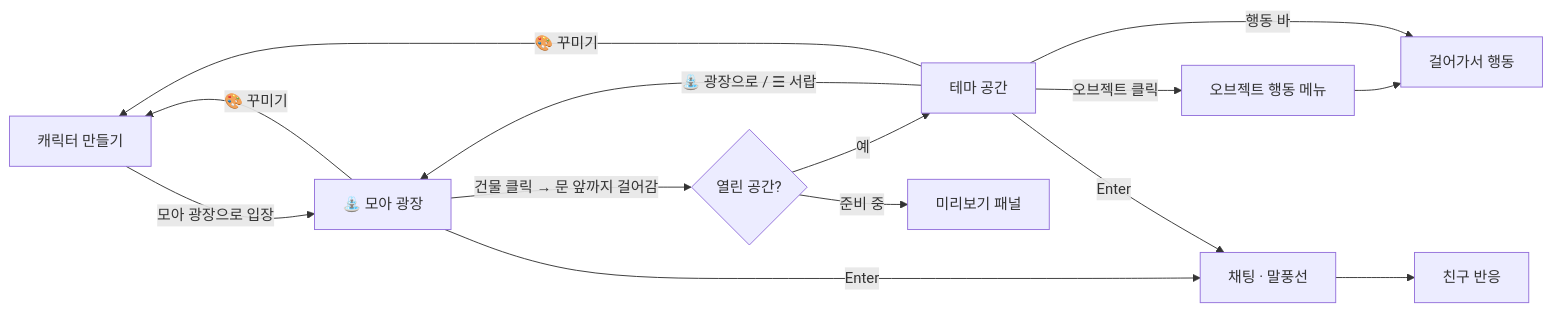
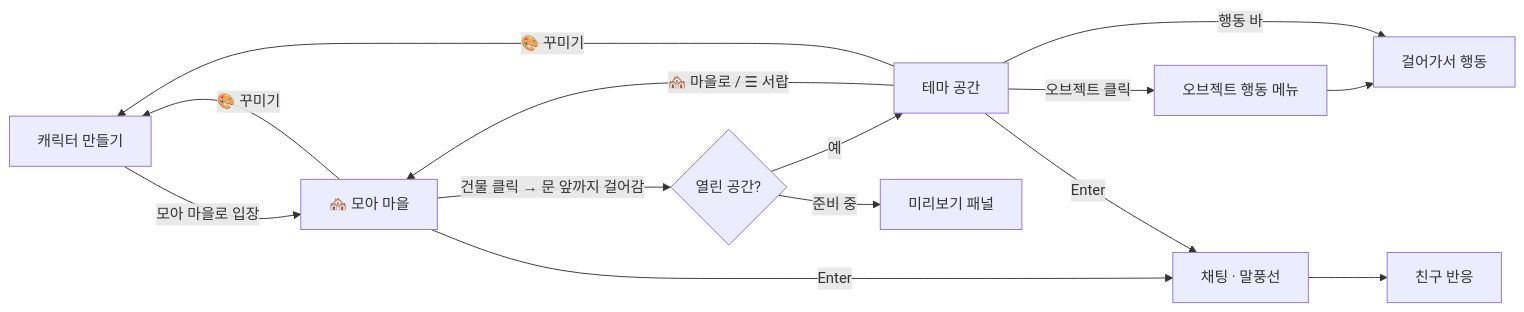
One commit to bbnayo23/MOA changed the diagram in README.md. Above: the diagram before and after it, drawn with Mermaid. The commit also changed other lines of this file and 11 other files, not shown here.

````diff
--- a/README.md
+++ b/README.md
@@ -101,12 +101,12 @@
 ```mermaid
 flowchart LR
-  A[캐릭터 만들기] -->|모아 광장으로 입장| H[⛲ 모아 광장]
+  A[캐릭터 만들기] -->|모아 마을로 입장| H[🏘️ 모아 마을]
   H -->|건물 클릭 → 문 앞까지 걸어감| D{열린 공간?}
   D -->|예| T[테마 공간]
   D -->|준비 중| P[미리보기 패널]
-  T -->|⛲ 광장으로 / ☰ 서랍| H
+  T -->|🏘️ 마을로 / ☰ 서랍| H
   T -->|오브젝트 클릭| M[오브젝트 행동 메뉴] --> X[걸어가서 행동]
   T -->|행동 바| X
   H & T -->|Enter| C[채팅 · 말풍선] --> R[친구 반응]
   H & T -->|🎨 꾸미기| A
 ```
````
